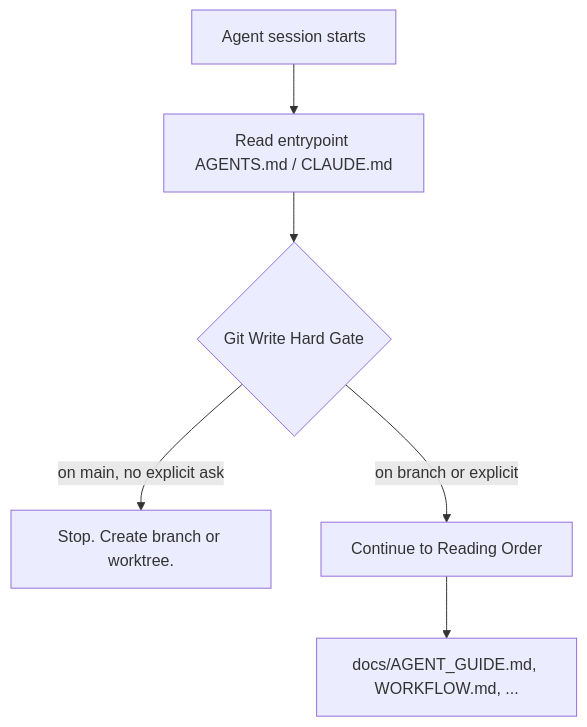
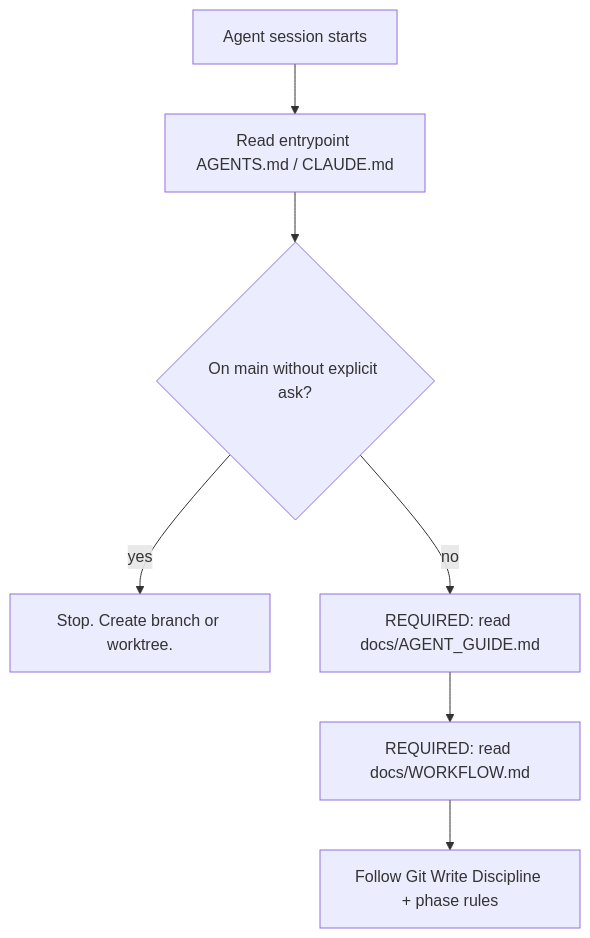
One commit to PermissionLabs/forgekit changed the diagram in docs/changes/issue-5-git-write-hard-gate.md. Above: the diagram before and after it, drawn with Mermaid. The commit also changed other lines of this file and 8 other files, not shown here.

First line of the commit message:
Restructure: entrypoint is a router; WORKFLOW.md owns the rules

````diff
--- a/docs/changes/issue-5-git-write-hard-gate.md
+++ b/docs/changes/issue-5-git-write-hard-gate.md
@@ -59,8 +59,9 @@
 ```mermaid
 flowchart TD
   A[Agent session starts] --> B[Read entrypoint AGENTS.md / CLAUDE.md]
-  B --> C{Git Write Hard Gate}
-  C -->|on main, no explicit ask| D[Stop. Create branch or worktree.]
-  C -->|on branch or explicit| E[Continue to Reading Order]
-  E --> F[docs/AGENT_GUIDE.md, WORKFLOW.md, ...]
+  B --> C{On main without explicit ask?}
+  C -->|yes| D[Stop. Create branch or worktree.]
+  C -->|no| E[REQUIRED: read docs/AGENT_GUIDE.md]
+  E --> F[REQUIRED: read docs/WORKFLOW.md]
+  F --> G[Follow Git Write Discipline + phase rules]
 ```
````
